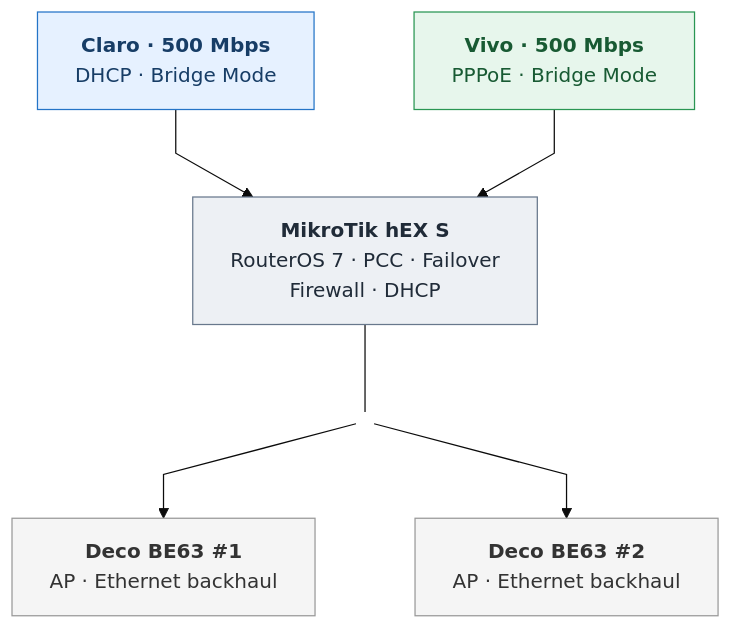
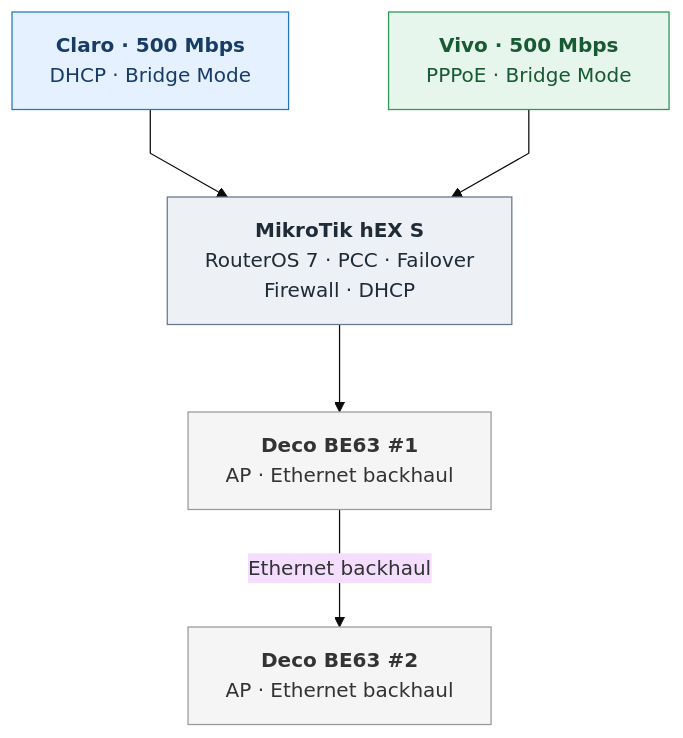
Before and after one commit to london36/mikrotik-dualwan-pcc-failover-monitoring: the diagram in docs/mermaid-topology-preview.md, drawn with Mermaid (base theme). The commit also changed other lines of this file, not shown here.

Commit message:
docs: test chained Deco Ethernet backhaul topology

````diff
--- a/docs/mermaid-topology-preview.md
+++ b/docs/mermaid-topology-preview.md
@@ -5,28 +5,24 @@
 ```mermaid
 %%{init: {"flowchart": {"minNodeWidth": 260, "wrappingWidth": 280, "nodeSpacing": 80, "rankSpacing": 70, "curve": "linear"}}}%%
 flowchart TB
     C["<b>Claro · 500 Mbps</b><br/>DHCP · Bridge Mode"]
     V["<b>Vivo · 500 Mbps</b><br/>PPPoE · Bridge Mode"]
     M["<b>MikroTik hEX S</b><br/>RouterOS 7 · PCC · Failover<br/>Firewall · DHCP"]
-    J((" "))
     D1["<b>Deco BE63 #1</b><br/>AP · Ethernet backhaul"]
     D2["<b>Deco BE63 #2</b><br/>AP · Ethernet backhaul"]
 
     C --> M
     V --> M
-    M --- J
-    J --> D1
-    J --> D2
+    M --> D1
+    D1 -->|Ethernet backhaul| D2
 
     classDef claro fill:#e6f1ff,stroke:#2474c7,color:#173d66
     classDef vivo fill:#e7f6ec,stroke:#299653,color:#185a33
     classDef router fill:#edf0f4,stroke:#68788c,color:#202b38
     classDef deco fill:#f5f5f5,stroke:#999,color:#333
-    classDef junction fill:transparent,stroke:transparent,color:transparent
 
     class C claro
     class V vivo
     class M router
     class D1,D2 deco
-    class J junction
 ```
````
